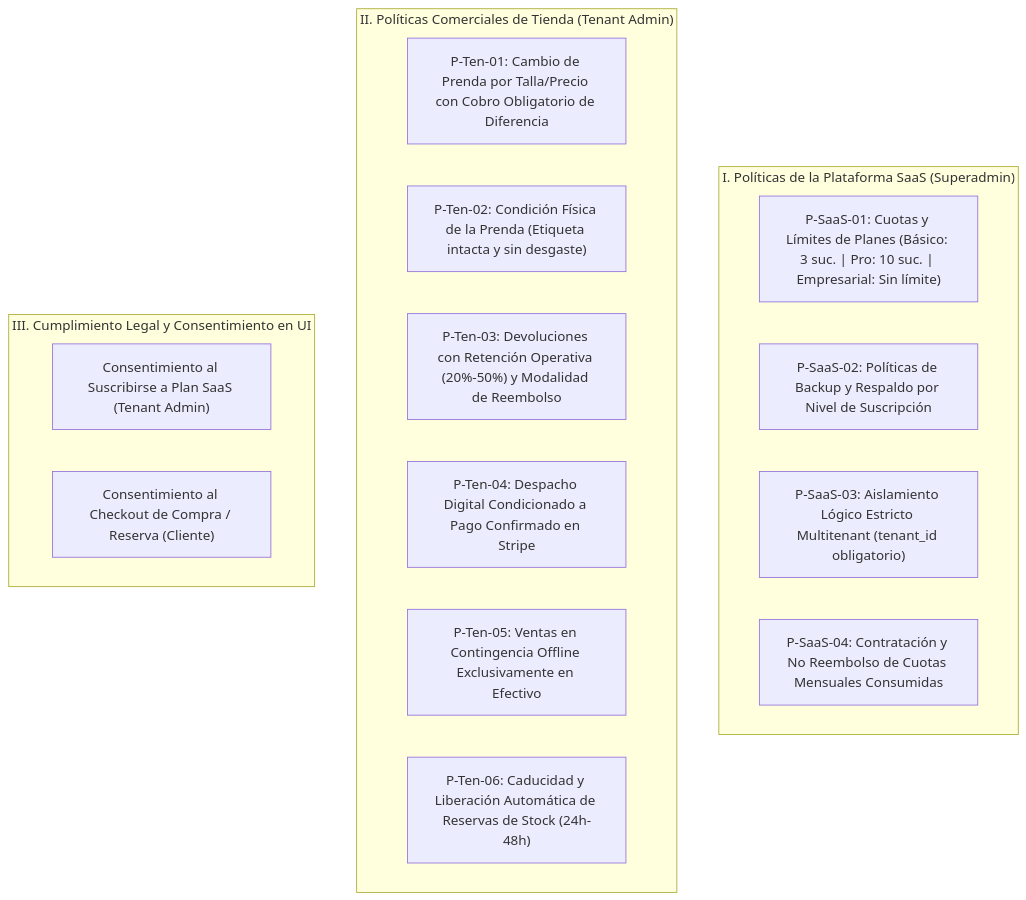
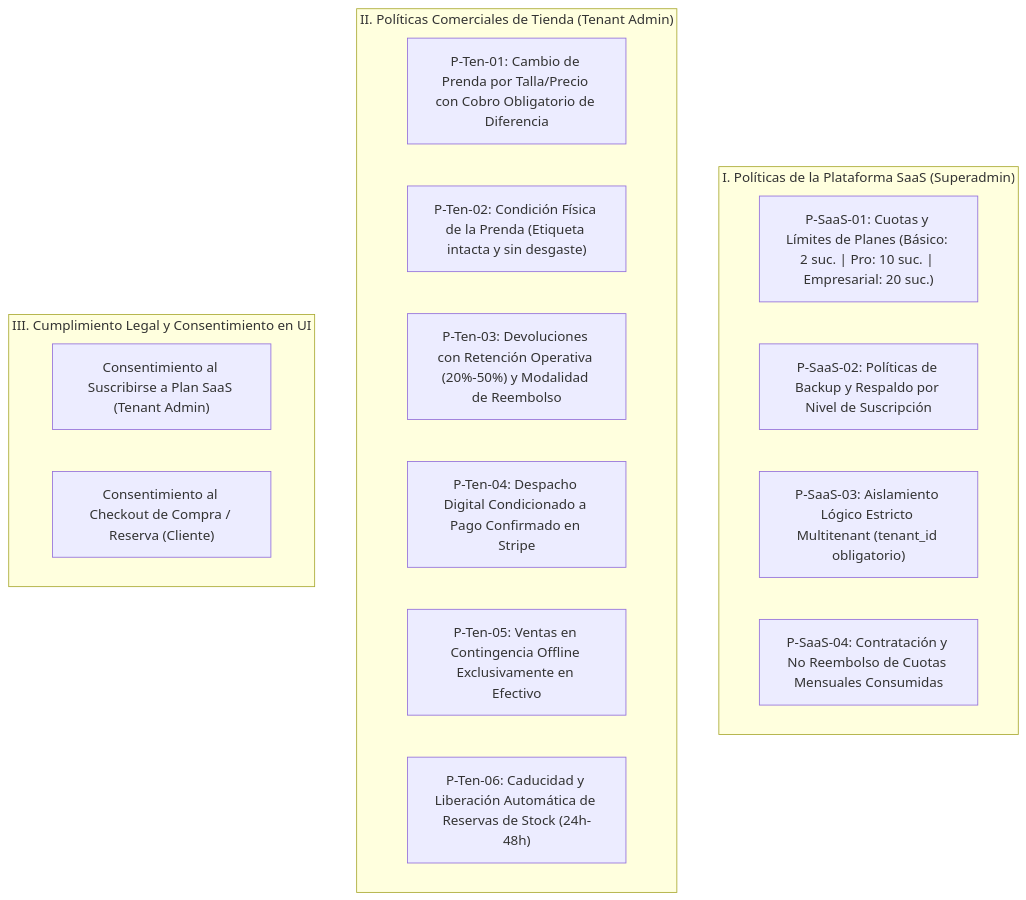
The diagram in docs/BUSINESS_POLICIES.md (RSofi12/Saas-ecommerce), drawn with Mermaid before and after one commit. The commit also changed other lines of this file and 15 other files, not shown here.

````diff
--- a/docs/BUSINESS_POLICIES.md
+++ b/docs/BUSINESS_POLICIES.md
@@ -20,23 +20,23 @@
 ```mermaid
 flowchart TD
     subgraph SaaS_Policies["I. Políticas de la Plataforma SaaS (Superadmin)"]
-        SP1["P-SaaS-01: Cuotas y Límites de Planes (Básico: 3 suc. | Pro: 10 suc. | Empresarial: Sin límite)"]
+        SP1["P-SaaS-01: Cuotas y Límites de Planes (Básico: 2 suc. | Pro: 10 suc. | Empresarial: 20 suc.)"]
         SP2["P-SaaS-02: Políticas de Backup y Respaldo por Nivel de Suscripción"]
         SP3["P-SaaS-03: Aislamiento Lógico Estricto Multitenant (tenant_id obligatorio)"]
         SP4["P-SaaS-04: Contratación y No Reembolso de Cuotas Mensuales Consumidas"]
     end
 
     subgraph Tenant_Policies["II. Políticas Comerciales de Tienda (Tenant Admin)"]
         TP1["P-Ten-01: Cambio de Prenda por Talla/Precio con Cobro Obligatorio de Diferencia"]
         TP2["P-Ten-02: Condición Física de la Prenda (Etiqueta intacta y sin desgaste)"]
         TP3["P-Ten-03: Devoluciones con Retención Operativa (20%-50%) y Modalidad de Reembolso"]
         TP4["P-Ten-04: Despacho Digital Condicionado a Pago Confirmado en Stripe"]
         TP5["P-Ten-05: Ventas en Contingencia Offline Exclusivamente en Efectivo"]
         TP6["P-Ten-06: Caducidad y Liberación Automática de Reservas de Stock (24h-48h)"]
     end
 
     subgraph Legal_Compliance["III. Cumplimiento Legal y Consentimiento en UI"]
         LC1["Consentimiento al Suscribirse a Plan SaaS (Tenant Admin)"]
         LC2["Consentimiento al Checkout de Compra / Reserva (Cliente)"]
     end
 ```
````
